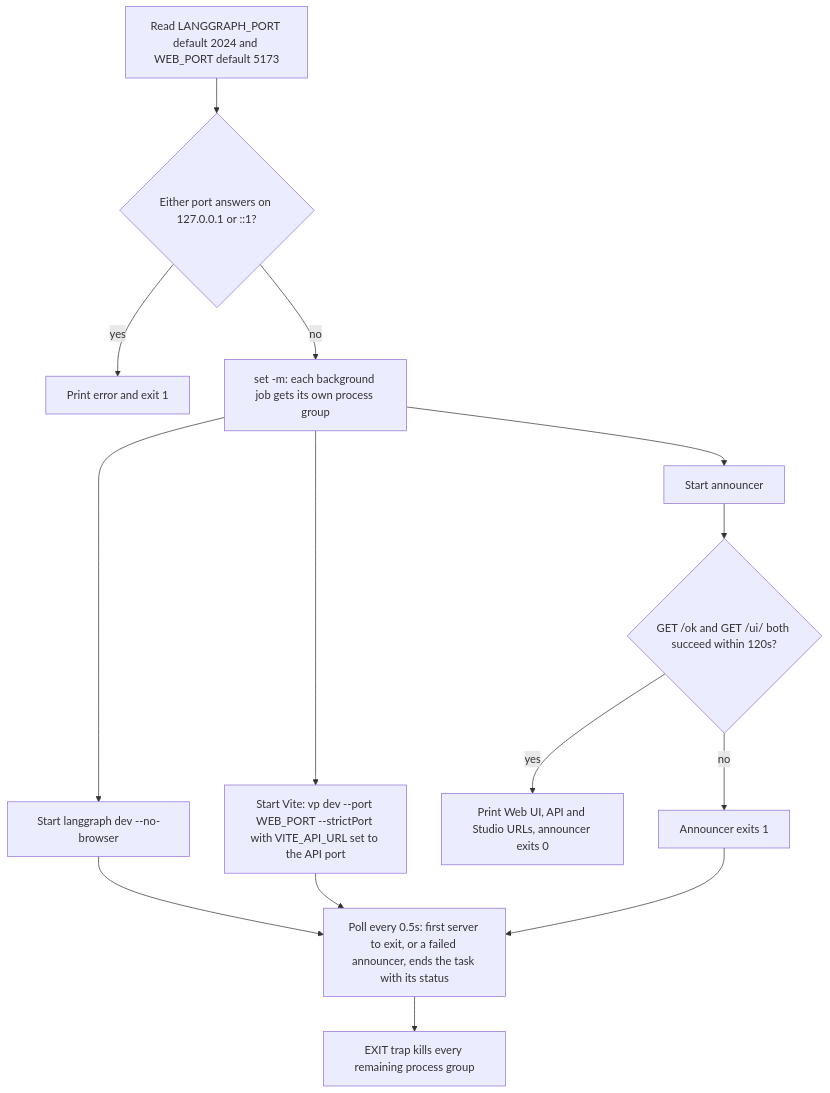
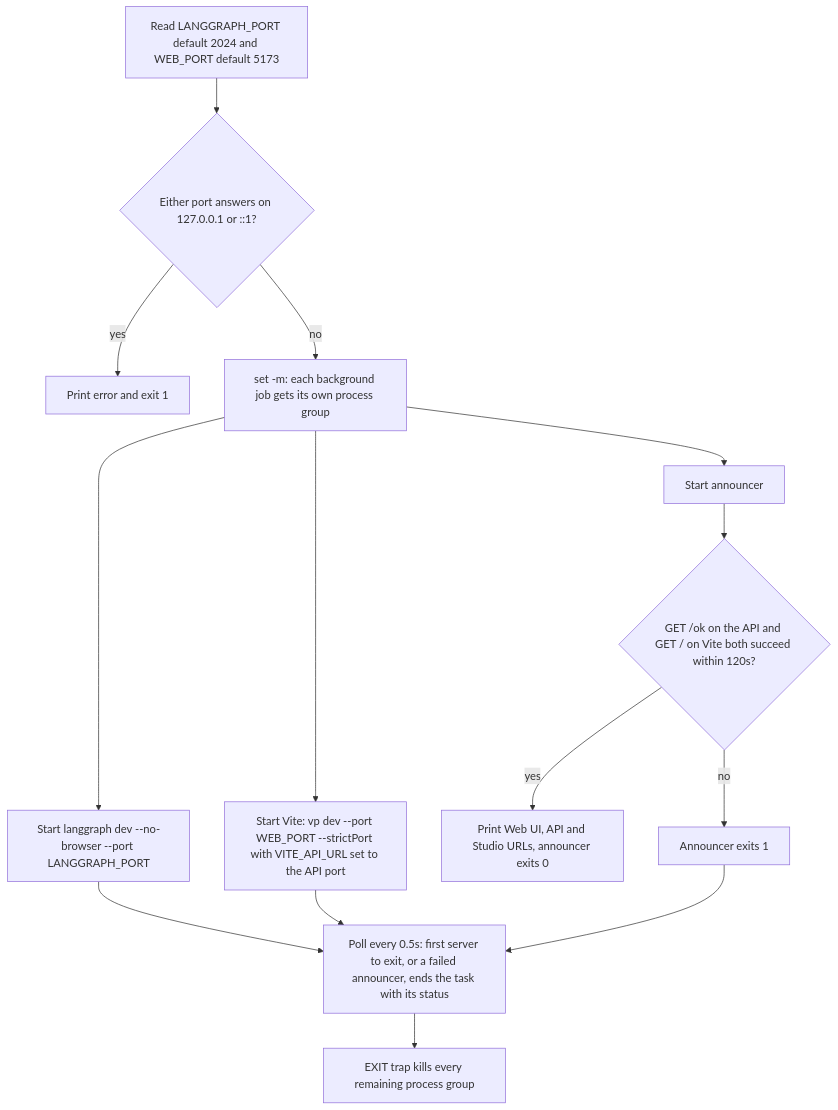
The diagram in openwiki/operations/local-development.md (darieldatoon/langchain-chess), drawn with Mermaid before and after one commit. The commit also changed other lines of this file and 46 other files, not shown here.

````diff
--- a/openwiki/operations/local-development.md
+++ b/openwiki/operations/local-development.md
@@ -116,16 +119,16 @@
 ```mermaid
 flowchart TD
   A["Read LANGGRAPH_PORT default 2024 and WEB_PORT default 5173"] --> B{"Either port answers on 127.0.0.1 or ::1?"}
   B -- yes --> C["Print error and exit 1"]
   B -- no --> D["set -m: each background job gets its own process group"]
-  D --> E["Start langgraph dev --no-browser"]
+  D --> E["Start langgraph dev --no-browser --port LANGGRAPH_PORT"]
   D --> F["Start Vite: vp dev --port WEB_PORT --strictPort with VITE_API_URL set to the API port"]
   D --> G["Start announcer"]
-  G --> H{"GET /ok and GET /ui/ both succeed within 120s?"}
+  G --> H{"GET /ok on the API and GET / on Vite both succeed within 120s?"}
   H -- yes --> I["Print Web UI, API and Studio URLs, announcer exits 0"]
   H -- no --> J["Announcer exits 1"]
   E --> K["Poll every 0.5s: first server to exit, or a failed announcer, ends the task with its status"]
   F --> K
   J --> K
   K --> L["EXIT trap kills every remaining process group"]
 ```
````
